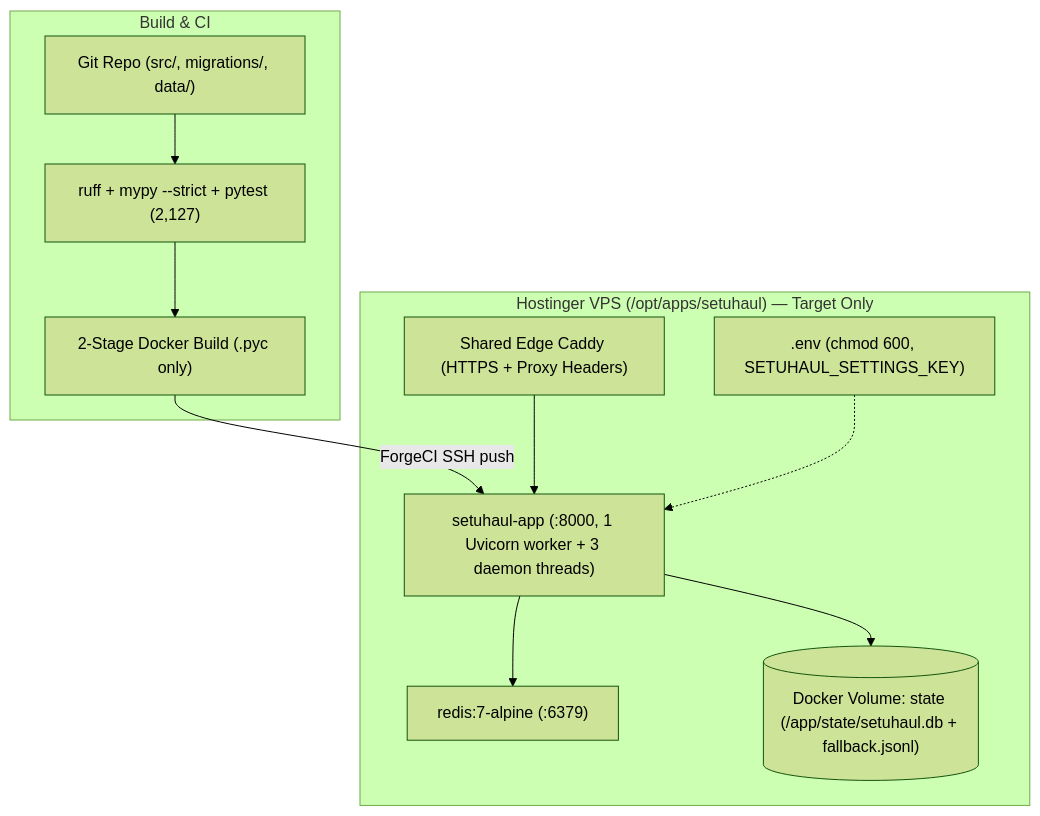
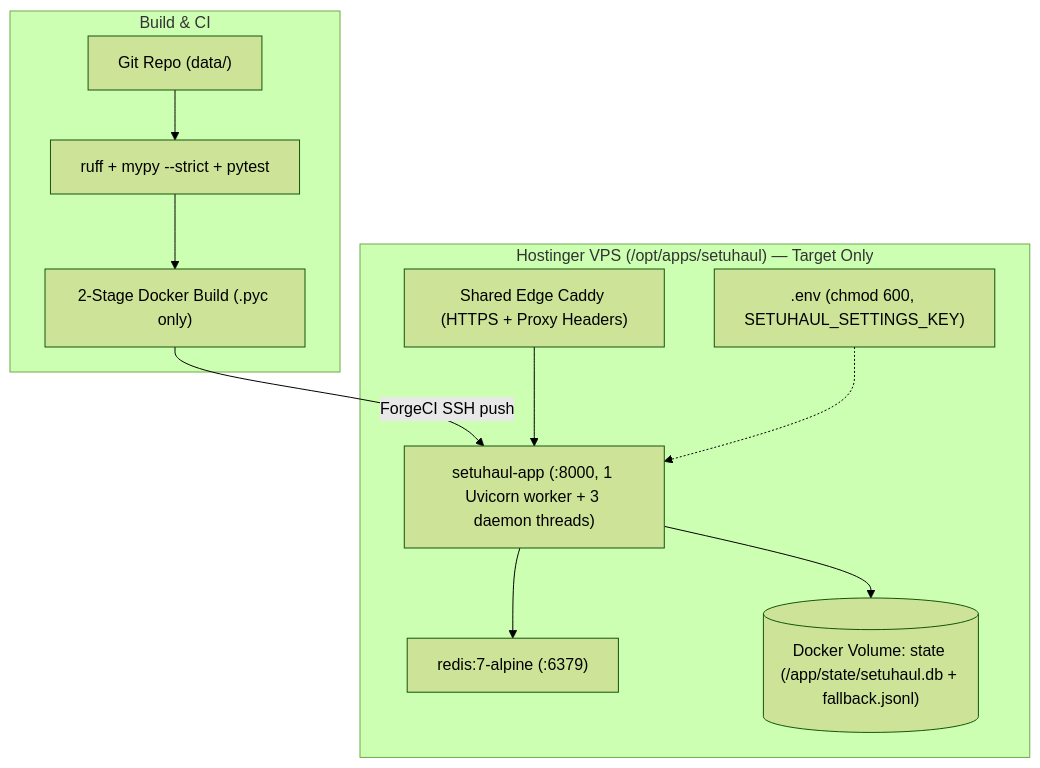
One commit to vijay-inner-compass/SetuHaul_Rescheduling_Service changed the diagram in docs/enterprise/06-operations/DOC-16-deployment-installation-and-config.md. Above: the diagram before and after it, drawn with Mermaid (forest theme). The commit also changed other lines of this file and 36 other files, not shown here.

````diff
--- a/docs/enterprise/06-operations/DOC-16-deployment-installation-and-config.md
+++ b/docs/enterprise/06-operations/DOC-16-deployment-installation-and-config.md
@@ -25,18 +25,18 @@
 ```mermaid
 flowchart TB
-    subgraph DevCI["Build & CI"]
-        Repo["Git Repo (src/, migrations/, data/)"] --> CI["ruff + mypy --strict + pytest (2,127)"] --> Build["2-Stage Docker Build (.pyc only)"]
-    end
-    subgraph VPS["Hostinger VPS (/opt/apps/setuhaul) — Target Only"]
-        Caddy["Shared Edge Caddy (HTTPS + Proxy Headers)"]
-        App["setuhaul-app (:8000, 1 Uvicorn worker + 3 daemon threads)"]
-        Redis["redis:7-alpine (:6379)"]
-        Vol[("Docker Volume: state (/app/state/setuhaul.db + fallback.jsonl)")]
-        EnvFile[".env (chmod 600, SETUHAUL_SETTINGS_KEY)"]
-    end
-    Build -->|"ForgeCI SSH push"| App
-    Caddy --> App
-    App --> Redis
-    App --> Vol
-    EnvFile -.-> App
+ subgraph DevCI["Build & CI"]
+ Repo["Git Repo (data/)"] --> CI["ruff + mypy --strict + pytest"] --> Build["2-Stage Docker Build (.pyc only)"]
+ end
+ subgraph VPS["Hostinger VPS (/opt/apps/setuhaul) — Target Only"]
+ Caddy["Shared Edge Caddy (HTTPS + Proxy Headers)"]
+ App["setuhaul-app (:8000, 1 Uvicorn worker + 3 daemon threads)"]
+ Redis["redis:7-alpine (:6379)"]
+ Vol[("Docker Volume: state (/app/state/setuhaul.db + fallback.jsonl)")]
+ EnvFile[".env (chmod 600, SETUHAUL_SETTINGS_KEY)"]
+ end
+ Build -->|"ForgeCI SSH push"| App
+ Caddy --> App
+ App --> Redis
+ App --> Vol
+ EnvFile -.-> App
 ```
````
